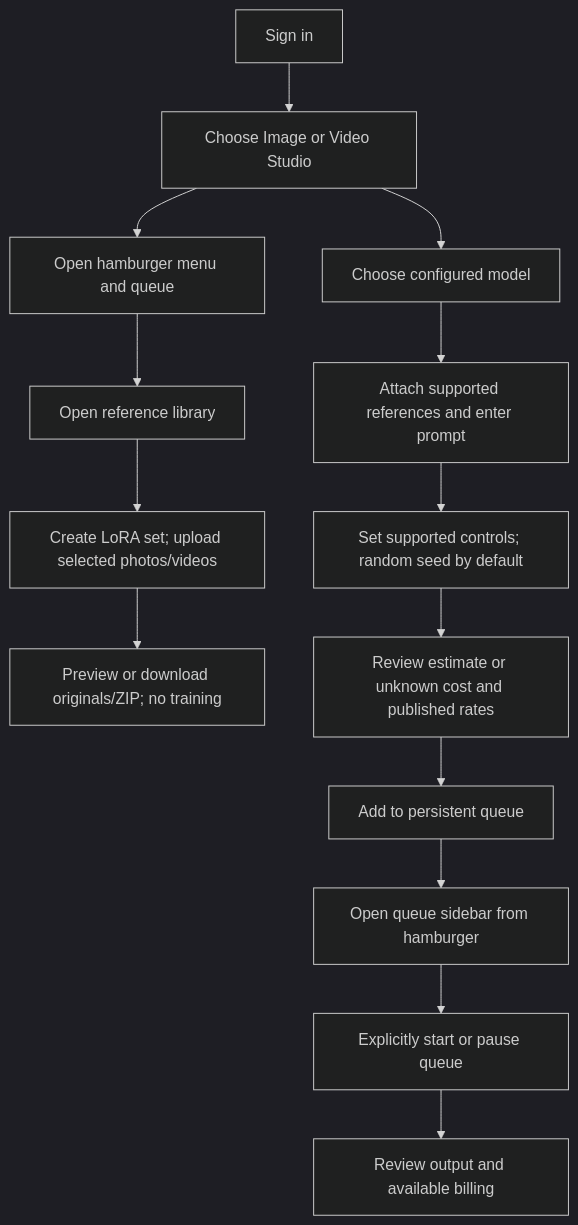
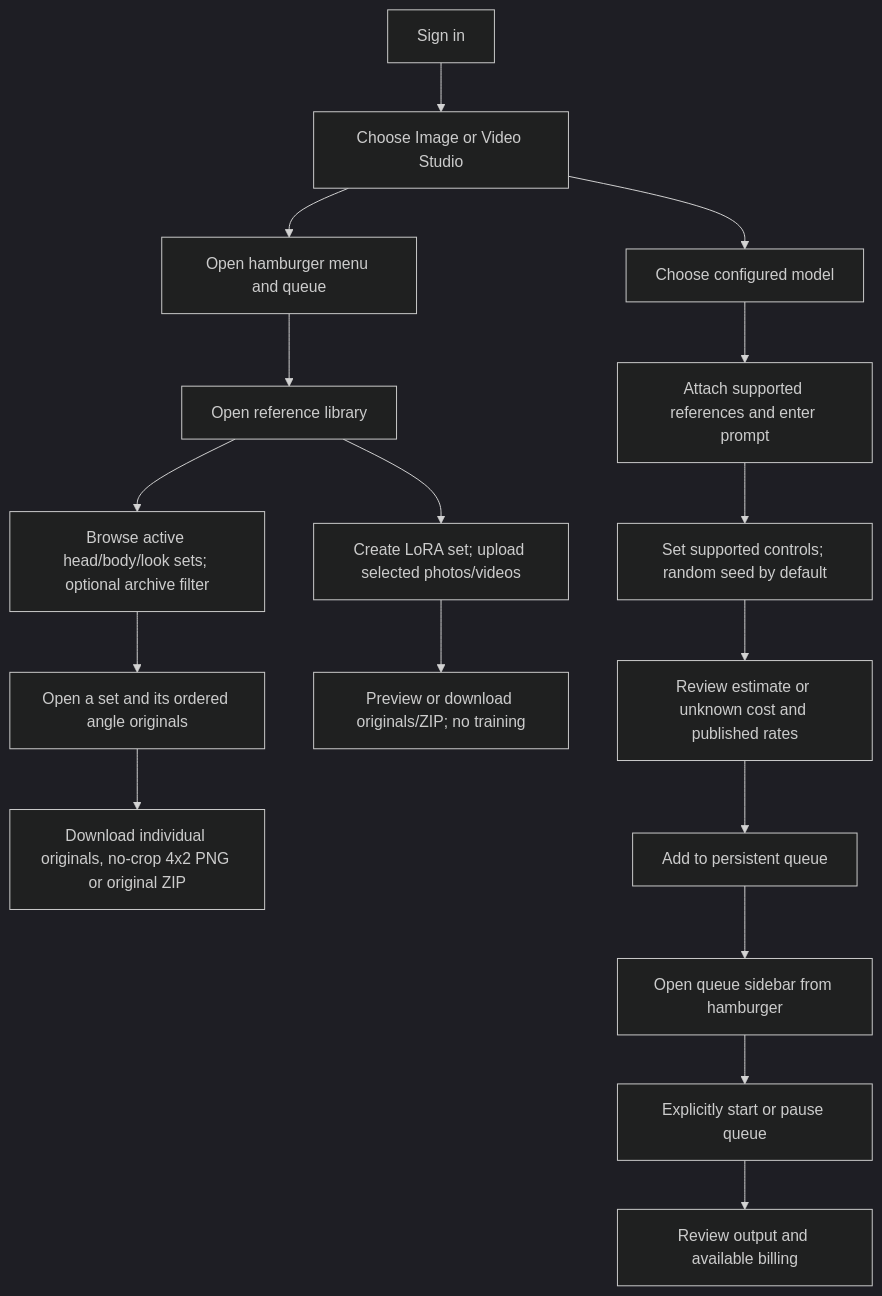
One commit to v-v-l/Open-Generative-AI changed the diagram in docs/diagrams/user-journey.md. Above: the diagram before and after it, drawn with Mermaid (dark theme). The commit also changed other lines of this file and 3 other files, not shown here.

````diff
--- a/docs/diagrams/user-journey.md
+++ b/docs/diagrams/user-journey.md
@@ -6,16 +6,19 @@
 ```mermaid
 flowchart TD
   Login[Sign in] --> Studio[Choose Image or Video Studio]
   Studio --> Menu[Open hamburger menu and queue]
   Menu --> Library[Open reference library]
+  Library --> Sets[Browse active head/body/look sets; optional archive filter]
+  Sets --> Detail[Open a set and its ordered angle originals]
+  Detail --> Downloads[Download individual originals, no-crop 4x2 PNG or original ZIP]
   Library --> LoRA[Create LoRA set; upload selected photos/videos]
   LoRA --> Export[Preview or download originals/ZIP; no training]
   Studio --> Model[Choose configured model]
   Model --> Inputs[Attach supported references and enter prompt]
   Inputs --> Settings[Set supported controls; random seed by default]
   Settings --> Quote[Review estimate or unknown cost and published rates]
   Quote --> Enqueue[Add to persistent queue]
   Enqueue --> Sidebar[Open queue sidebar from hamburger]
   Sidebar --> Start[Explicitly start or pause queue]
   Start --> Result[Review output and available billing]
 ```
````
